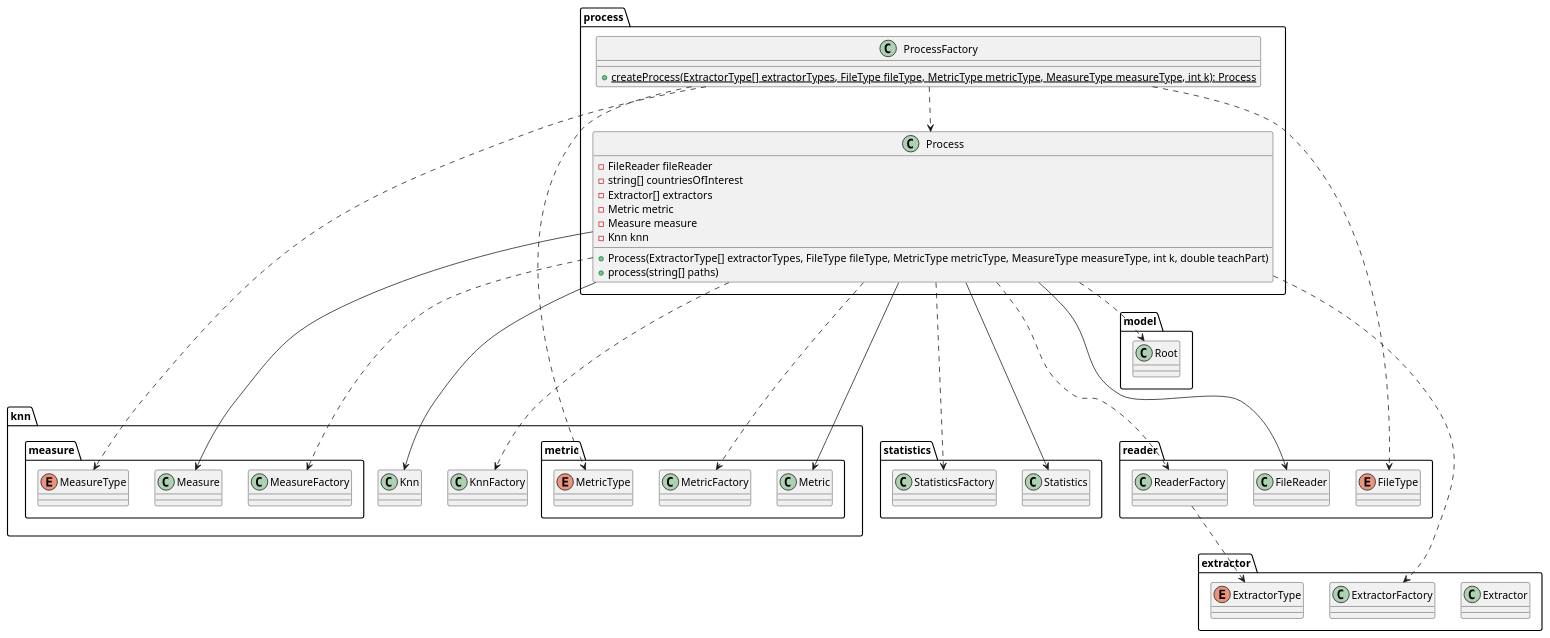
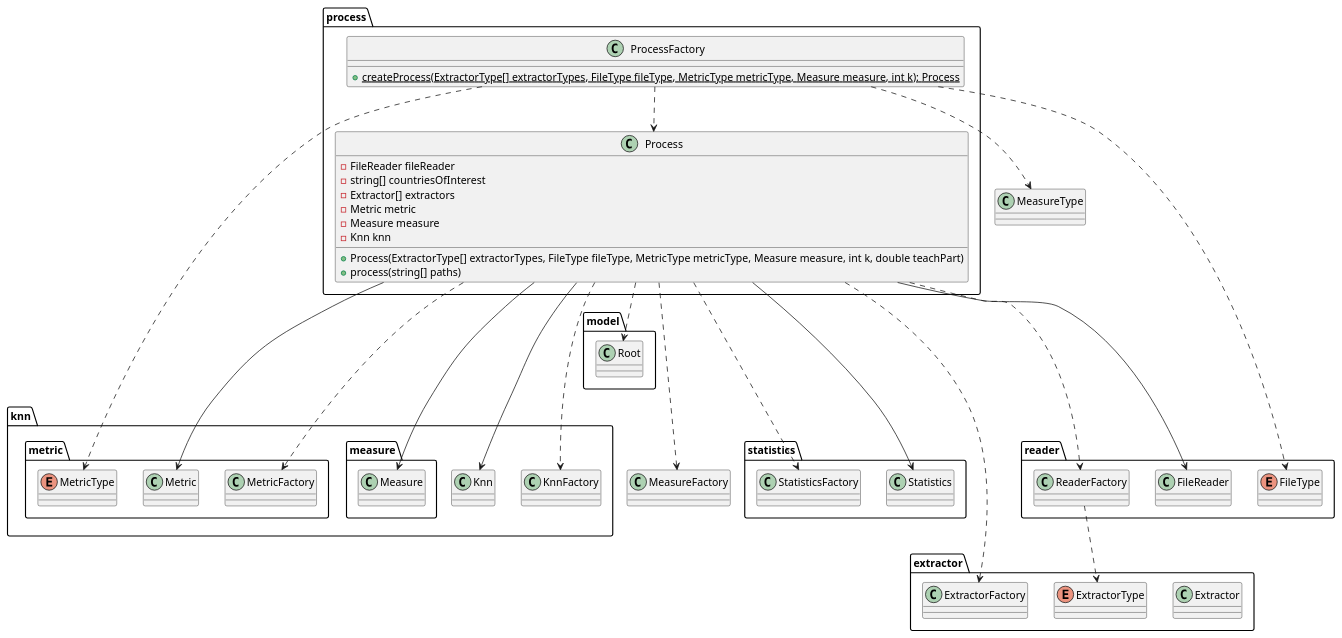
Before and after one commit to kambed/Computer-Recognition-Systems: the ninth of 10 diagrams in README.md, drawn with PlantUML. The commit also changed other lines of this file, not shown here.

Commit message:
Update Metric

````diff
--- a/README.md
+++ b/README.md
@@ -347,65 +346,63 @@
 ```plantuml
 package process {
     class Process {
         - FileReader fileReader
         - string[] countriesOfInterest
         - Extractor[] extractors
         - Metric metric
         - Measure measure
         - Knn knn
-        + Process(ExtractorType[] extractorTypes, FileType fileType, MetricType metricType, MeasureType measureType, int k, double teachPart)
+        + Process(ExtractorType[] extractorTypes, FileType fileType, MetricType metricType, Measure measure, int k, double teachPart)
         + process(string[] paths)
     }
     class ProcessFactory {
-        + {static} createProcess(ExtractorType[] extractorTypes, FileType fileType, MetricType metricType, MeasureType measureType, int k): Process
+        + {static} createProcess(ExtractorType[] extractorTypes, FileType fileType, MetricType metricType, Measure measure, int k): Process
     }
 }
 package reader {
     class FileReader
     class ReaderFactory
     enum FileType
 }
 package extractor {
     class Extractor
     class ExtractorFactory
     enum ExtractorType
 }
 package knn {
     class Knn
     class KnnFactory
     package metric {
         class Metric
         class MetricFactory
         enum MetricType
     }
     package measure {
         class Measure
-        class MeasureFactory
-        enum MeasureType
     }
 }
 package model {
     class Root
 }
 package statistics {
     class Statistics
     class StatisticsFactory
 }
 Process ...> ReaderFactory
 Process ...> ExtractorFactory
 Process ...> MetricFactory
 Process ...> MeasureFactory
 Process ...> KnnFactory
 Process ...> StatisticsFactory
 Process --> FileReader
 Process --> Metric
 Process --> Measure
 Process --> Statistics
 Process --> Knn
 Process ..> Root
 ProcessFactory ..> Process
 ProcessFactory ..> FileType
 ProcessFactory ..> MetricType
 ProcessFactory ..> MeasureType
 ReaderFactory ..> ExtractorType
 ```
````
